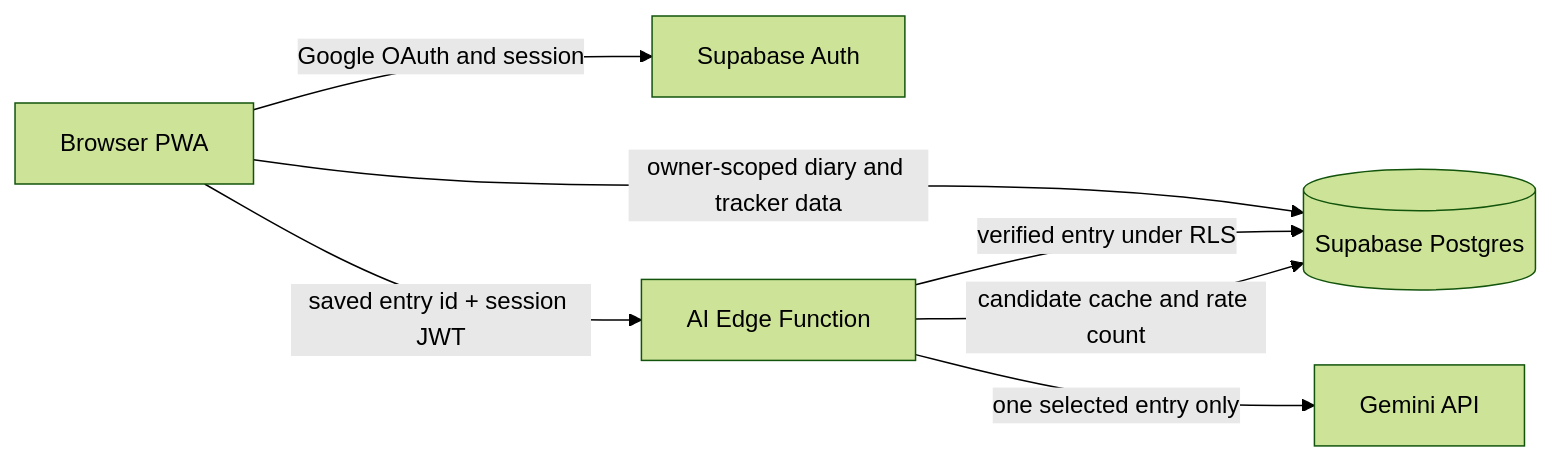
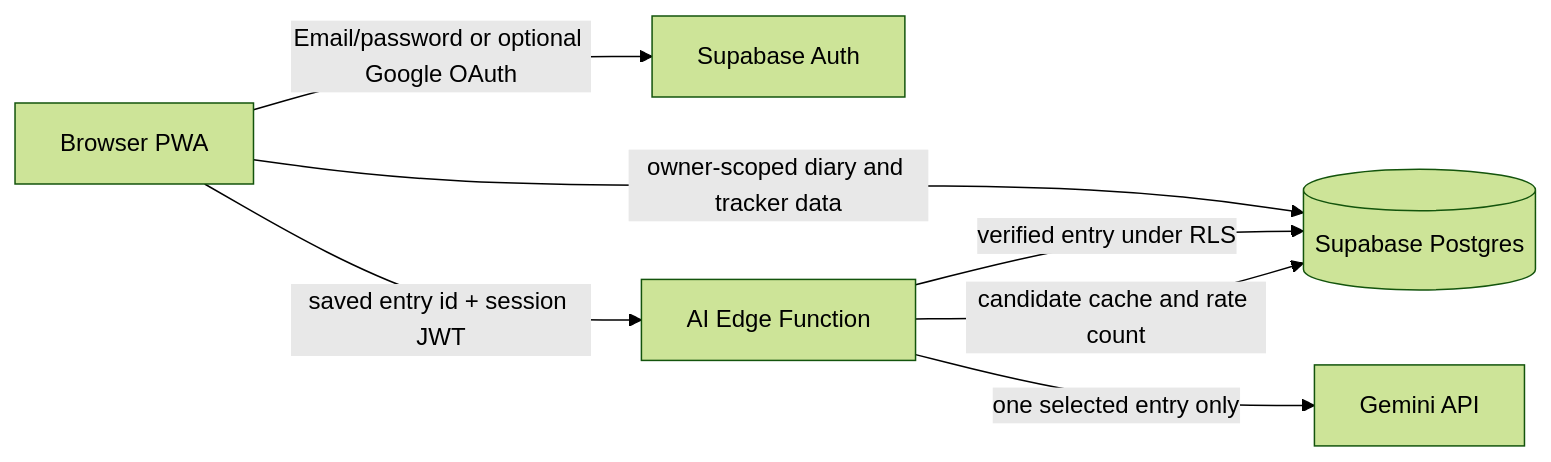
The diagram in docs/architecture.md (och9854/life-tracker), drawn with Mermaid (forest theme) before and after one commit. The commit also changed other lines of this file and 6 other files, not shown here.

Commit message:
Add email password authentication flow

````diff
--- a/docs/architecture.md
+++ b/docs/architecture.md
@@ -11,9 +11,9 @@
 ```mermaid
 flowchart LR
-  B[Browser PWA] -->|Google OAuth and session| A[Supabase Auth]
+  B[Browser PWA] -->|Email/password or optional Google OAuth| A[Supabase Auth]
   B -->|owner-scoped diary and tracker data| D[(Supabase Postgres)]
   B -->|saved entry id + session JWT| F[AI Edge Function]
   F -->|verified entry under RLS| D
   F -->|one selected entry only| G[Gemini API]
   F -->|candidate cache and rate count| D
 ```
````
